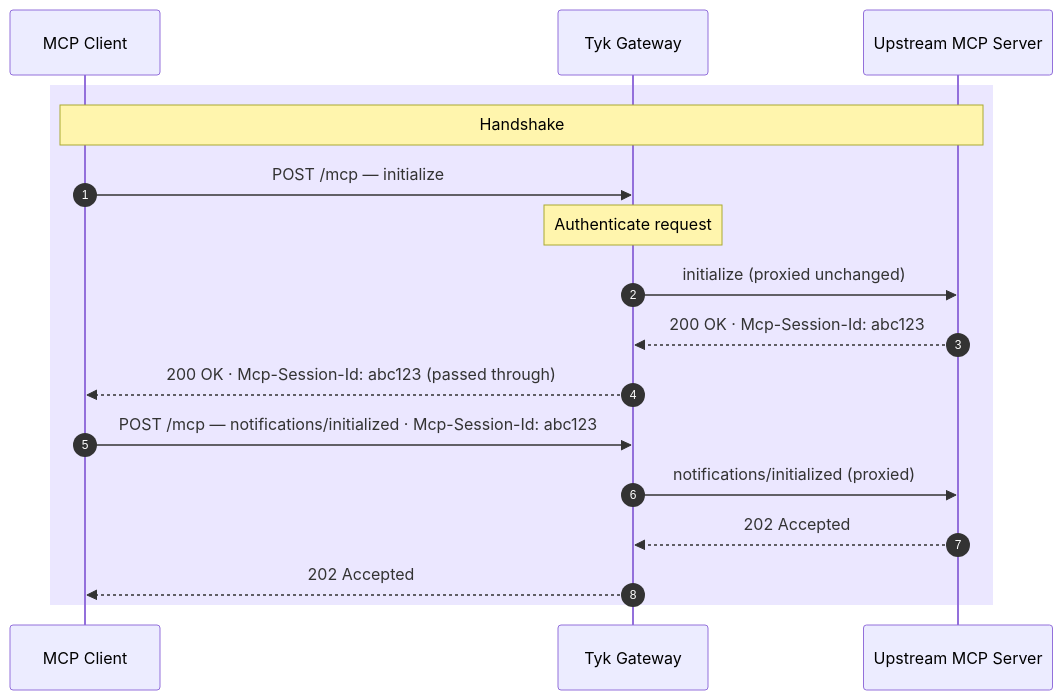
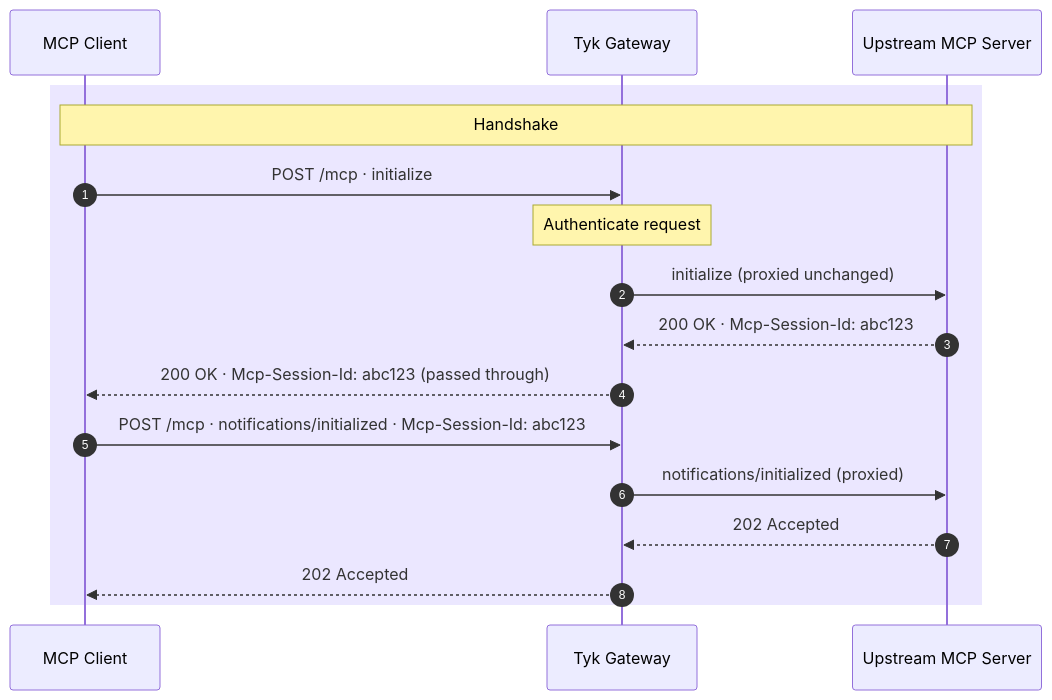
Before and after one commit to TykTechnologies/tyk-docs: the second of 5 diagrams in ai-management/mcp-gateway/core-concepts.mdx, drawn with Mermaid. The commit also changed other lines of this file and 8 other files, not shown here.

````diff
--- a/ai-management/mcp-gateway/core-concepts.mdx
+++ b/ai-management/mcp-gateway/core-concepts.mdx
@@ -202,20 +202,20 @@
 ```mermaid
 sequenceDiagram
     autonumber
     participant C as MCP Client
     participant T as Tyk Gateway
     participant U as Upstream MCP Server
 
     rect rgba(124, 92, 255, 0.15)
         Note over C,U: Handshake
-        C->>T: POST /mcp — initialize
+        C->>T: POST /mcp · initialize
         Note over T: Authenticate request
         T->>U: initialize (proxied unchanged)
         U-->>T: 200 OK · Mcp-Session-Id: abc123
         T-->>C: 200 OK · Mcp-Session-Id: abc123 (passed through)
-        C->>T: POST /mcp — notifications/initialized · Mcp-Session-Id: abc123
+        C->>T: POST /mcp · notifications/initialized · Mcp-Session-Id: abc123
         T->>U: notifications/initialized (proxied)
         U-->>T: 202 Accepted
         T-->>C: 202 Accepted
     end
 ```
````
